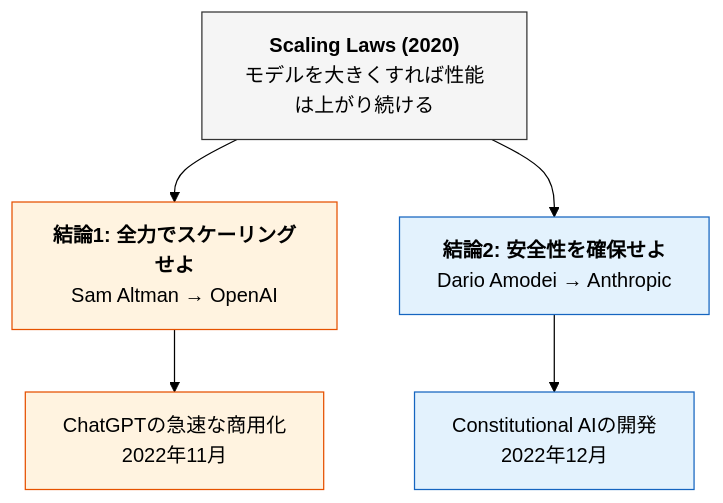
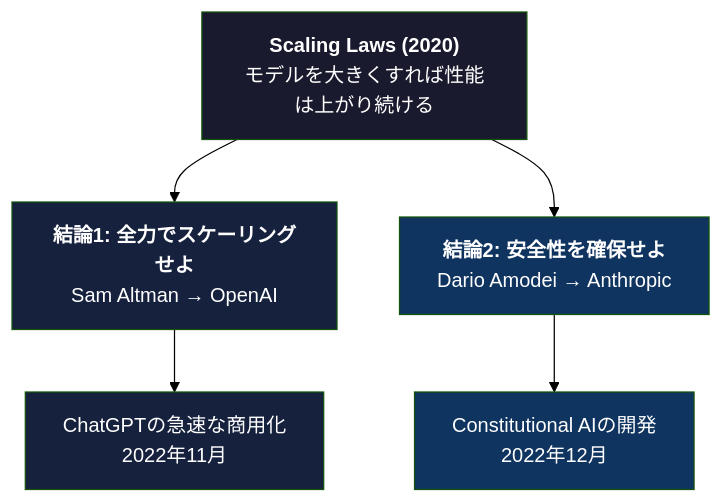
The first of 14 diagrams in docs/jp/anatomy_of_anthropic_jp.md (Leading-AI-IO/anatomy-of-anthropic), drawn with Mermaid (forest theme) before and after one commit. The commit also changed other lines of this file, not shown here.

````diff
--- a/docs/jp/anatomy_of_anthropic_jp.md
+++ b/docs/jp/anatomy_of_anthropic_jp.md
@@ -31,13 +31,13 @@
 ```mermaid
 flowchart TD
     A["<b>Scaling Laws (2020)</b><br/>モデルを大きくすれば性能は上がり続ける"] --> B["<b>結論1: 全力でスケーリングせよ</b><br/>Sam Altman → OpenAI"]
     A --> C["<b>結論2: 安全性を確保せよ</b><br/>Dario Amodei → Anthropic"]
     B --> D["ChatGPTの急速な商用化<br/>2022年11月"]
     C --> E["Constitutional AIの開発<br/>2022年12月"]
 
-    style A fill:#f5f5f5,stroke:#333,color:#000
-    style B fill:#fff3e0,stroke:#e65100,color:#000
-    style C fill:#e3f2fd,stroke:#1565c0,color:#000
-    style D fill:#fff3e0,stroke:#e65100,color:#000
-    style E fill:#e3f2fd,stroke:#1565c0,color:#000
+    style A fill:#1a1a2e,color:#fff
+    style B fill:#16213e,color:#fff
+    style C fill:#0f3460,color:#fff
+    style D fill:#16213e,color:#fff
+    style E fill:#0f3460,color:#fff
 ```
````
